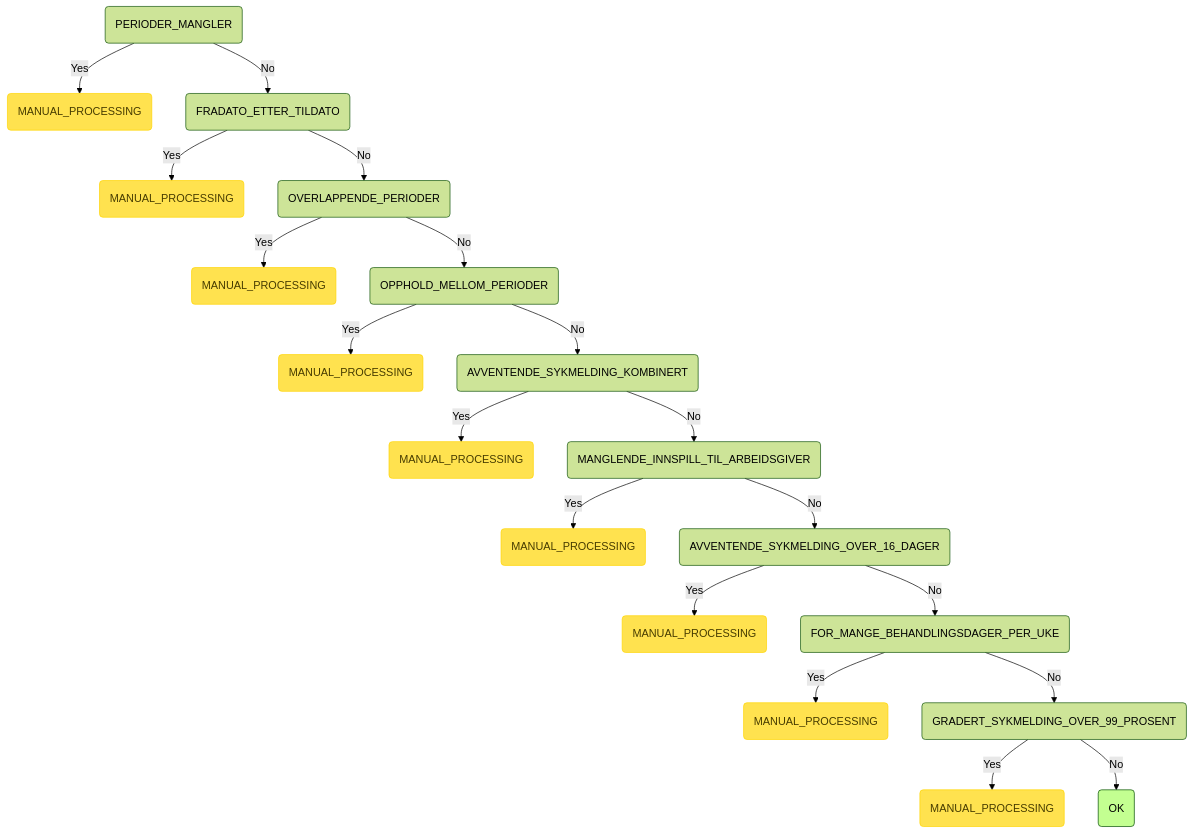
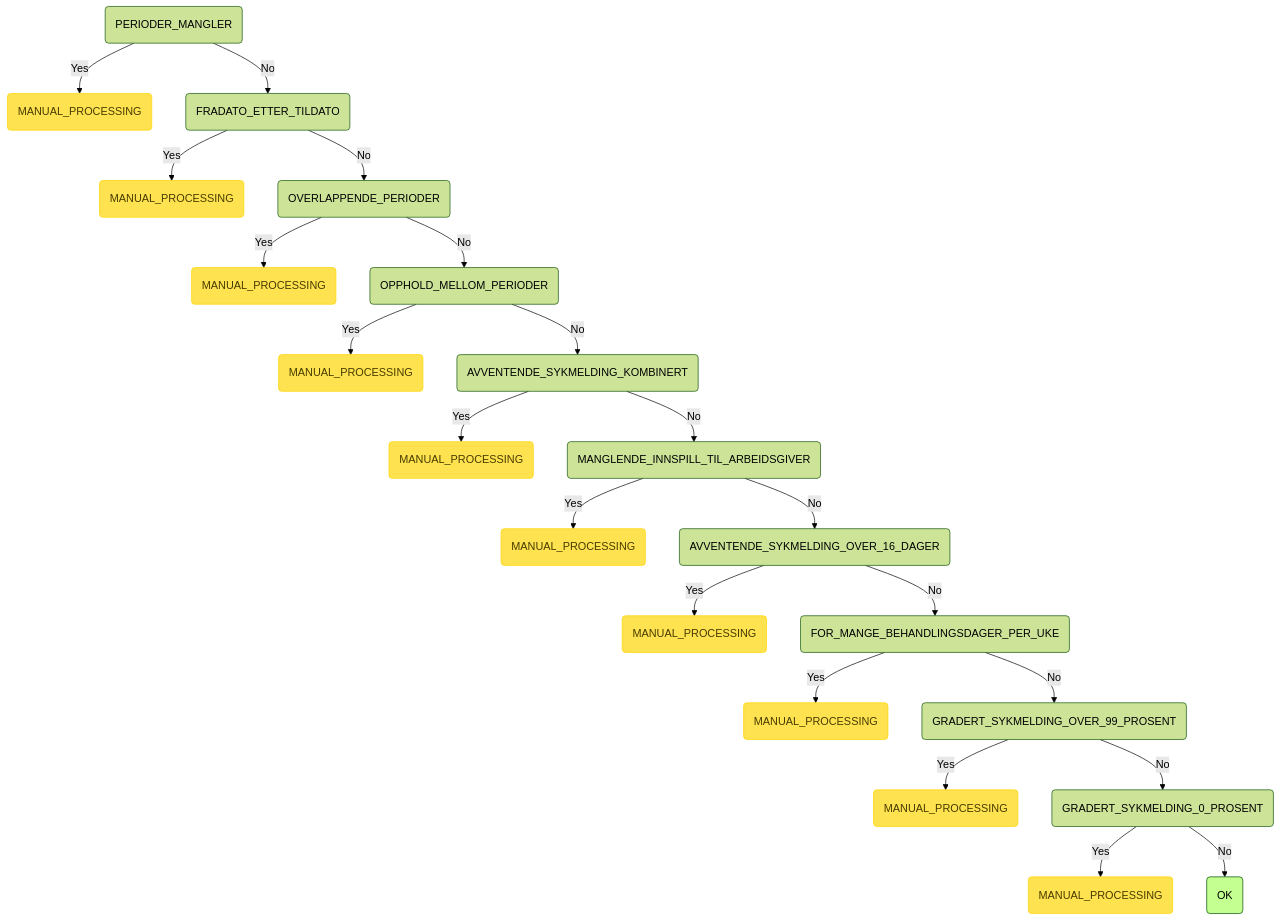
Before and after one commit to navikt/syfosmpapirregler: the third of 8 diagrams in README.md, drawn with Mermaid (forest theme). The commit also changed 5 other files, not shown here.

First line of the commit message:
chore: added in GRADERT_SYKMELDING_O_PROSENT (#192)

````diff
--- a/README.md
+++ b/README.md
@@ -98,24 +98,26 @@
 ```mermaid
 graph TD
     root(PERIODER_MANGLER) -->|Yes| root_PERIODER_MANGLER_MANUAL_PROCESSING(MANUAL_PROCESSING):::manuell
     root(PERIODER_MANGLER) -->|No| root_PERIODER_MANGLER_FRADATO_ETTER_TILDATO(FRADATO_ETTER_TILDATO)
     root_PERIODER_MANGLER_FRADATO_ETTER_TILDATO(FRADATO_ETTER_TILDATO) -->|Yes| root_PERIODER_MANGLER_FRADATO_ETTER_TILDATO_MANUAL_PROCESSING(MANUAL_PROCESSING):::manuell
     root_PERIODER_MANGLER_FRADATO_ETTER_TILDATO(FRADATO_ETTER_TILDATO) -->|No| root_PERIODER_MANGLER_FRADATO_ETTER_TILDATO_OVERLAPPENDE_PERIODER(OVERLAPPENDE_PERIODER)
     root_PERIODER_MANGLER_FRADATO_ETTER_TILDATO_OVERLAPPENDE_PERIODER(OVERLAPPENDE_PERIODER) -->|Yes| root_PERIODER_MANGLER_FRADATO_ETTER_TILDATO_OVERLAPPENDE_PERIODER_MANUAL_PROCESSING(MANUAL_PROCESSING):::manuell
     root_PERIODER_MANGLER_FRADATO_ETTER_TILDATO_OVERLAPPENDE_PERIODER(OVERLAPPENDE_PERIODER) -->|No| root_PERIODER_MANGLER_FRADATO_ETTER_TILDATO_OVERLAPPENDE_PERIODER_OPPHOLD_MELLOM_PERIODER(OPPHOLD_MELLOM_PERIODER)
     root_PERIODER_MANGLER_FRADATO_ETTER_TILDATO_OVERLAPPENDE_PERIODER_OPPHOLD_MELLOM_PERIODER(OPPHOLD_MELLOM_PERIODER) -->|Yes| root_PERIODER_MANGLER_FRADATO_ETTER_TILDATO_OVERLAPPENDE_PERIODER_OPPHOLD_MELLOM_PERIODER_MANUAL_PROCESSING(MANUAL_PROCESSING):::manuell
     root_PERIODER_MANGLER_FRADATO_ETTER_TILDATO_OVERLAPPENDE_PERIODER_OPPHOLD_MELLOM_PERIODER(OPPHOLD_MELLOM_PERIODER) -->|No| root_PERIODER_MANGLER_FRADATO_ETTER_TILDATO_OVERLAPPENDE_PERIODER_OPPHOLD_MELLOM_PERIODER_AVVENTENDE_SYKMELDING_KOMBINERT(AVVENTENDE_SYKMELDING_KOMBINERT)
     root_PERIODER_MANGLER_FRADATO_ETTER_TILDATO_OVERLAPPENDE_PERIODER_OPPHOLD_MELLOM_PERIODER_AVVENTENDE_SYKMELDING_KOMBINERT(AVVENTENDE_SYKMELDING_KOMBINERT) -->|Yes| root_PERIODER_MANGLER_FRADATO_ETTER_TILDATO_OVERLAPPENDE_PERIODER_OPPHOLD_MELLOM_PERIODER_AVVENTENDE_SYKMELDING_KOMBINERT_MANUAL_PROCESSING(MANUAL_PROCESSING):::manuell
     root_PERIODER_MANGLER_FRADATO_ETTER_TILDATO_OVERLAPPENDE_PERIODER_OPPHOLD_MELLOM_PERIODER_AVVENTENDE_SYKMELDING_KOMBINERT(AVVENTENDE_SYKMELDING_KOMBINERT) -->|No| root_PERIODER_MANGLER_FRADATO_ETTER_TILDATO_OVERLAPPENDE_PERIODER_OPPHOLD_MELLOM_PERIODER_AVVENTENDE_SYKMELDING_KOMBINERT_MANGLENDE_INNSPILL_TIL_ARBEIDSGIVER(MANGLENDE_INNSPILL_TIL_ARBEIDSGIVER)
     root_PERIODER_MANGLER_FRADATO_ETTER_TILDATO_OVERLAPPENDE_PERIODER_OPPHOLD_MELLOM_PERIODER_AVVENTENDE_SYKMELDING_KOMBINERT_MANGLENDE_INNSPILL_TIL_ARBEIDSGIVER(MANGLENDE_INNSPILL_TIL_ARBEIDSGIVER) -->|Yes| root_PERIODER_MANGLER_FRADATO_ETTER_TILDATO_OVERLAPPENDE_PERIODER_OPPHOLD_MELLOM_PERIODER_AVVENTENDE_SYKMELDING_KOMBINERT_MANGLENDE_INNSPILL_TIL_ARBEIDSGIVER_MANUAL_PROCESSING(MANUAL_PROCESSING):::manuell
     root_PERIODER_MANGLER_FRADATO_ETTER_TILDATO_OVERLAPPENDE_PERIODER_OPPHOLD_MELLOM_PERIODER_AVVENTENDE_SYKMELDING_KOMBINERT_MANGLENDE_INNSPILL_TIL_ARBEIDSGIVER(MANGLENDE_INNSPILL_TIL_ARBEIDSGIVER) -->|No| root_PERIODER_MANGLER_FRADATO_ETTER_TILDATO_OVERLAPPENDE_PERIODER_OPPHOLD_MELLOM_PERIODER_AVVENTENDE_SYKMELDING_KOMBINERT_MANGLENDE_INNSPILL_TIL_ARBEIDSGIVER_AVVENTENDE_SYKMELDING_OVER_16_DAGER(AVVENTENDE_SYKMELDING_OVER_16_DAGER)
     root_PERIODER_MANGLER_FRADATO_ETTER_TILDATO_OVERLAPPENDE_PERIODER_OPPHOLD_MELLOM_PERIODER_AVVENTENDE_SYKMELDING_KOMBINERT_MANGLENDE_INNSPILL_TIL_ARBEIDSGIVER_AVVENTENDE_SYKMELDING_OVER_16_DAGER(AVVENTENDE_SYKMELDING_OVER_16_DAGER) -->|Yes| root_PERIODER_MANGLER_FRADATO_ETTER_TILDATO_OVERLAPPENDE_PERIODER_OPPHOLD_MELLOM_PERIODER_AVVENTENDE_SYKMELDING_KOMBINERT_MANGLENDE_INNSPILL_TIL_ARBEIDSGIVER_AVVENTENDE_SYKMELDING_OVER_16_DAGER_MANUAL_PROCESSING(MANUAL_PROCESSING):::manuell
     root_PERIODER_MANGLER_FRADATO_ETTER_TILDATO_OVERLAPPENDE_PERIODER_OPPHOLD_MELLOM_PERIODER_AVVENTENDE_SYKMELDING_KOMBINERT_MANGLENDE_INNSPILL_TIL_ARBEIDSGIVER_AVVENTENDE_SYKMELDING_OVER_16_DAGER(AVVENTENDE_SYKMELDING_OVER_16_DAGER) -->|No| root_PERIODER_MANGLER_FRADATO_ETTER_TILDATO_OVERLAPPENDE_PERIODER_OPPHOLD_MELLOM_PERIODER_AVVENTENDE_SYKMELDING_KOMBINERT_MANGLENDE_INNSPILL_TIL_ARBEIDSGIVER_AVVENTENDE_SYKMELDING_OVER_16_DAGER_FOR_MANGE_BEHANDLINGSDAGER_PER_UKE(FOR_MANGE_BEHANDLINGSDAGER_PER_UKE)
     root_PERIODER_MANGLER_FRADATO_ETTER_TILDATO_OVERLAPPENDE_PERIODER_OPPHOLD_MELLOM_PERIODER_AVVENTENDE_SYKMELDING_KOMBINERT_MANGLENDE_INNSPILL_TIL_ARBEIDSGIVER_AVVENTENDE_SYKMELDING_OVER_16_DAGER_FOR_MANGE_BEHANDLINGSDAGER_PER_UKE(FOR_MANGE_BEHANDLINGSDAGER_PER_UKE) -->|Yes| root_PERIODER_MANGLER_FRADATO_ETTER_TILDATO_OVERLAPPENDE_PERIODER_OPPHOLD_MELLOM_PERIODER_AVVENTENDE_SYKMELDING_KOMBINERT_MANGLENDE_INNSPILL_TIL_ARBEIDSGIVER_AVVENTENDE_SYKMELDING_OVER_16_DAGER_FOR_MANGE_BEHANDLINGSDAGER_PER_UKE_MANUAL_PROCESSING(MANUAL_PROCESSING):::manuell
     root_PERIODER_MANGLER_FRADATO_ETTER_TILDATO_OVERLAPPENDE_PERIODER_OPPHOLD_MELLOM_PERIODER_AVVENTENDE_SYKMELDING_KOMBINERT_MANGLENDE_INNSPILL_TIL_ARBEIDSGIVER_AVVENTENDE_SYKMELDING_OVER_16_DAGER_FOR_MANGE_BEHANDLINGSDAGER_PER_UKE(FOR_MANGE_BEHANDLINGSDAGER_PER_UKE) -->|No| root_PERIODER_MANGLER_FRADATO_ETTER_TILDATO_OVERLAPPENDE_PERIODER_OPPHOLD_MELLOM_PERIODER_AVVENTENDE_SYKMELDING_KOMBINERT_MANGLENDE_INNSPILL_TIL_ARBEIDSGIVER_AVVENTENDE_SYKMELDING_OVER_16_DAGER_FOR_MANGE_BEHANDLINGSDAGER_PER_UKE_GRADERT_SYKMELDING_OVER_99_PROSENT(GRADERT_SYKMELDING_OVER_99_PROSENT)
     root_PERIODER_MANGLER_FRADATO_ETTER_TILDATO_OVERLAPPENDE_PERIODER_OPPHOLD_MELLOM_PERIODER_AVVENTENDE_SYKMELDING_KOMBINERT_MANGLENDE_INNSPILL_TIL_ARBEIDSGIVER_AVVENTENDE_SYKMELDING_OVER_16_DAGER_FOR_MANGE_BEHANDLINGSDAGER_PER_UKE_GRADERT_SYKMELDING_OVER_99_PROSENT(GRADERT_SYKMELDING_OVER_99_PROSENT) -->|Yes| root_PERIODER_MANGLER_FRADATO_ETTER_TILDATO_OVERLAPPENDE_PERIODER_OPPHOLD_MELLOM_PERIODER_AVVENTENDE_SYKMELDING_KOMBINERT_MANGLENDE_INNSPILL_TIL_ARBEIDSGIVER_AVVENTENDE_SYKMELDING_OVER_16_DAGER_FOR_MANGE_BEHANDLINGSDAGER_PER_UKE_GRADERT_SYKMELDING_OVER_99_PROSENT_MANUAL_PROCESSING(MANUAL_PROCESSING):::manuell
-    root_PERIODER_MANGLER_FRADATO_ETTER_TILDATO_OVERLAPPENDE_PERIODER_OPPHOLD_MELLOM_PERIODER_AVVENTENDE_SYKMELDING_KOMBINERT_MANGLENDE_INNSPILL_TIL_ARBEIDSGIVER_AVVENTENDE_SYKMELDING_OVER_16_DAGER_FOR_MANGE_BEHANDLINGSDAGER_PER_UKE_GRADERT_SYKMELDING_OVER_99_PROSENT(GRADERT_SYKMELDING_OVER_99_PROSENT) -->|No| root_PERIODER_MANGLER_FRADATO_ETTER_TILDATO_OVERLAPPENDE_PERIODER_OPPHOLD_MELLOM_PERIODER_AVVENTENDE_SYKMELDING_KOMBINERT_MANGLENDE_INNSPILL_TIL_ARBEIDSGIVER_AVVENTENDE_SYKMELDING_OVER_16_DAGER_FOR_MANGE_BEHANDLINGSDAGER_PER_UKE_GRADERT_SYKMELDING_OVER_99_PROSENT_OK(OK):::ok
+    root_PERIODER_MANGLER_FRADATO_ETTER_TILDATO_OVERLAPPENDE_PERIODER_OPPHOLD_MELLOM_PERIODER_AVVENTENDE_SYKMELDING_KOMBINERT_MANGLENDE_INNSPILL_TIL_ARBEIDSGIVER_AVVENTENDE_SYKMELDING_OVER_16_DAGER_FOR_MANGE_BEHANDLINGSDAGER_PER_UKE_GRADERT_SYKMELDING_OVER_99_PROSENT(GRADERT_SYKMELDING_OVER_99_PROSENT) -->|No| root_PERIODER_MANGLER_FRADATO_ETTER_TILDATO_OVERLAPPENDE_PERIODER_OPPHOLD_MELLOM_PERIODER_AVVENTENDE_SYKMELDING_KOMBINERT_MANGLENDE_INNSPILL_TIL_ARBEIDSGIVER_AVVENTENDE_SYKMELDING_OVER_16_DAGER_FOR_MANGE_BEHANDLINGSDAGER_PER_UKE_GRADERT_SYKMELDING_OVER_99_PROSENT_GRADERT_SYKMELDING_0_PROSENT(GRADERT_SYKMELDING_0_PROSENT)
+    root_PERIODER_MANGLER_FRADATO_ETTER_TILDATO_OVERLAPPENDE_PERIODER_OPPHOLD_MELLOM_PERIODER_AVVENTENDE_SYKMELDING_KOMBINERT_MANGLENDE_INNSPILL_TIL_ARBEIDSGIVER_AVVENTENDE_SYKMELDING_OVER_16_DAGER_FOR_MANGE_BEHANDLINGSDAGER_PER_UKE_GRADERT_SYKMELDING_OVER_99_PROSENT_GRADERT_SYKMELDING_0_PROSENT(GRADERT_SYKMELDING_0_PROSENT) -->|Yes| root_PERIODER_MANGLER_FRADATO_ETTER_TILDATO_OVERLAPPENDE_PERIODER_OPPHOLD_MELLOM_PERIODER_AVVENTENDE_SYKMELDING_KOMBINERT_MANGLENDE_INNSPILL_TIL_ARBEIDSGIVER_AVVENTENDE_SYKMELDING_OVER_16_DAGER_FOR_MANGE_BEHANDLINGSDAGER_PER_UKE_GRADERT_SYKMELDING_OVER_99_PROSENT_GRADERT_SYKMELDING_0_PROSENT_MANUAL_PROCESSING(MANUAL_PROCESSING):::manuell
+    root_PERIODER_MANGLER_FRADATO_ETTER_TILDATO_OVERLAPPENDE_PERIODER_OPPHOLD_MELLOM_PERIODER_AVVENTENDE_SYKMELDING_KOMBINERT_MANGLENDE_INNSPILL_TIL_ARBEIDSGIVER_AVVENTENDE_SYKMELDING_OVER_16_DAGER_FOR_MANGE_BEHANDLINGSDAGER_PER_UKE_GRADERT_SYKMELDING_OVER_99_PROSENT_GRADERT_SYKMELDING_0_PROSENT(GRADERT_SYKMELDING_0_PROSENT) -->|No| root_PERIODER_MANGLER_FRADATO_ETTER_TILDATO_OVERLAPPENDE_PERIODER_OPPHOLD_MELLOM_PERIODER_AVVENTENDE_SYKMELDING_KOMBINERT_MANGLENDE_INNSPILL_TIL_ARBEIDSGIVER_AVVENTENDE_SYKMELDING_OVER_16_DAGER_FOR_MANGE_BEHANDLINGSDAGER_PER_UKE_GRADERT_SYKMELDING_OVER_99_PROSENT_GRADERT_SYKMELDING_0_PROSENT_OK(OK):::ok
     classDef ok fill:#c3ff91,stroke:#004a00,color: black;
     classDef invalid fill:#ff7373,stroke:#ff0000,color: black;
     classDef manuell fill:#ffe24f,stroke:#ffd500,color: #473c00;
 ```
````
